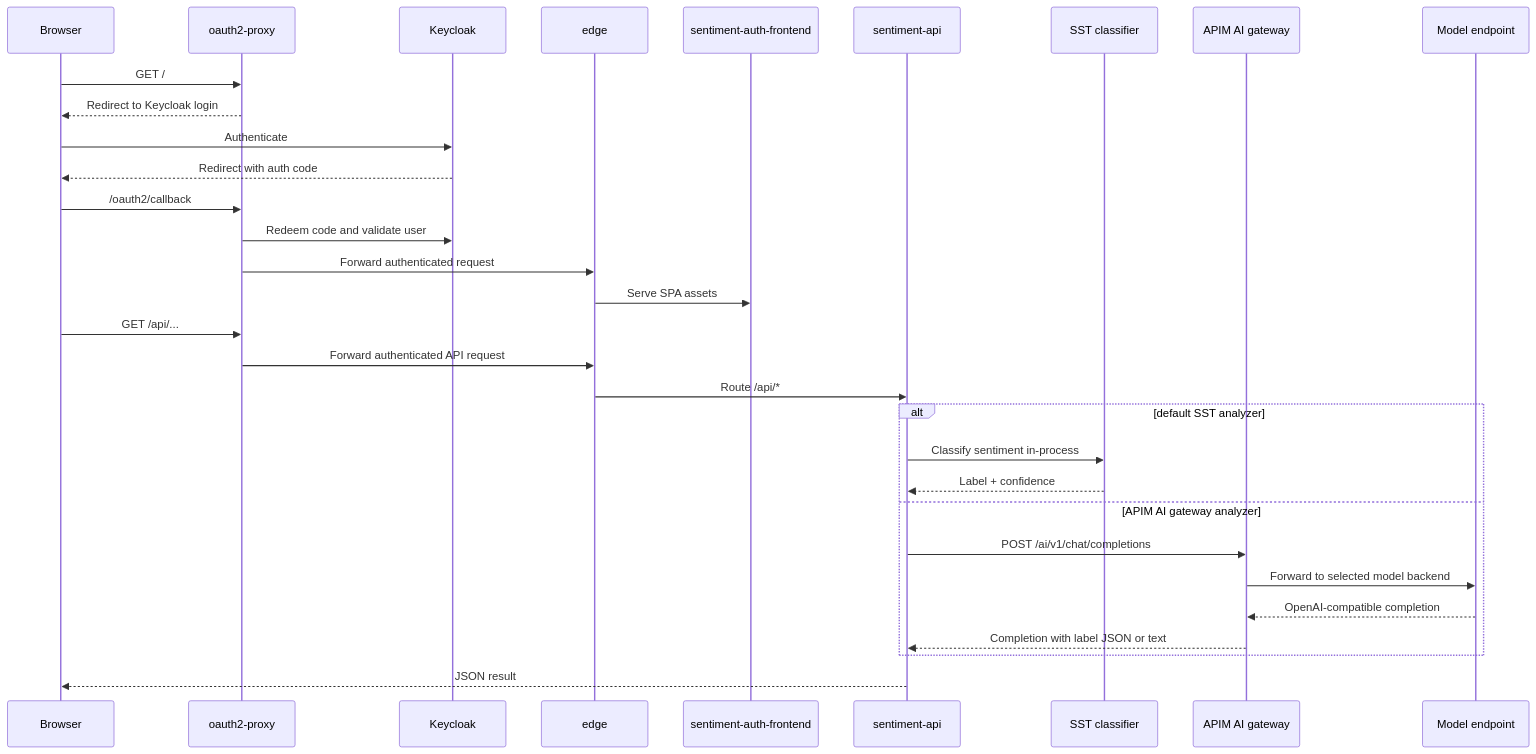
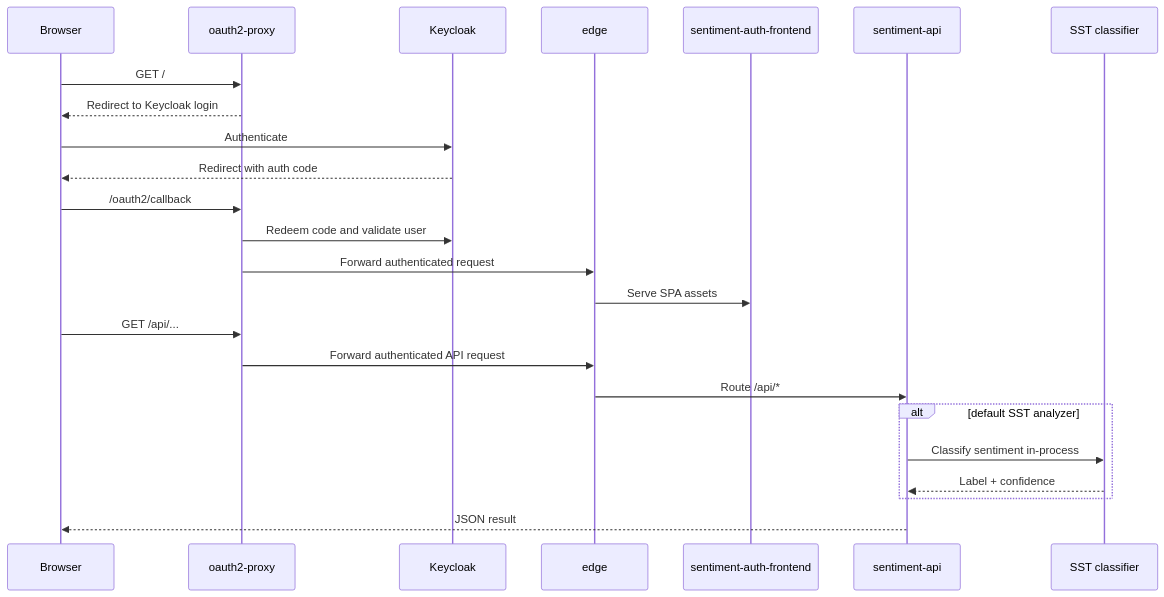
The third of 4 diagrams in apps/sentiment/docs/COMPOSE-ARCHITECTURE.md (nickromney/platform), drawn with Mermaid before and after one commit. The commit also changed other lines of this file and 388 other files, not shown here.

Commit message:
Add gateway identity support to APIM simulator (#114)

````diff
--- a/apps/sentiment/docs/COMPOSE-ARCHITECTURE.md
+++ b/apps/sentiment/docs/COMPOSE-ARCHITECTURE.md
@@ -82,35 +72,28 @@
 ```mermaid
 sequenceDiagram
     participant B as Browser
     participant O as oauth2-proxy
     participant K as Keycloak
     participant E as edge
     participant UI as sentiment-auth-frontend
     participant API as sentiment-api
     participant S as SST classifier
-    participant A as APIM AI gateway
-    participant M as Model endpoint
 
     B->>O: GET /
     O-->>B: Redirect to Keycloak login
     B->>K: Authenticate
     K-->>B: Redirect with auth code
     B->>O: /oauth2/callback
     O->>K: Redeem code and validate user
     O->>E: Forward authenticated request
     E->>UI: Serve SPA assets
 
     B->>O: GET /api/...
     O->>E: Forward authenticated API request
     E->>API: Route /api/*
     alt default SST analyzer
         API->>S: Classify sentiment in-process
         S-->>API: Label + confidence
-    else APIM AI gateway analyzer
-        API->>A: POST /ai/v1/chat/completions
-        A->>M: Forward to selected model backend
-        M-->>A: OpenAI-compatible completion
-        A-->>API: Completion with label JSON or text
     end
     API-->>B: JSON result
 ```
````
